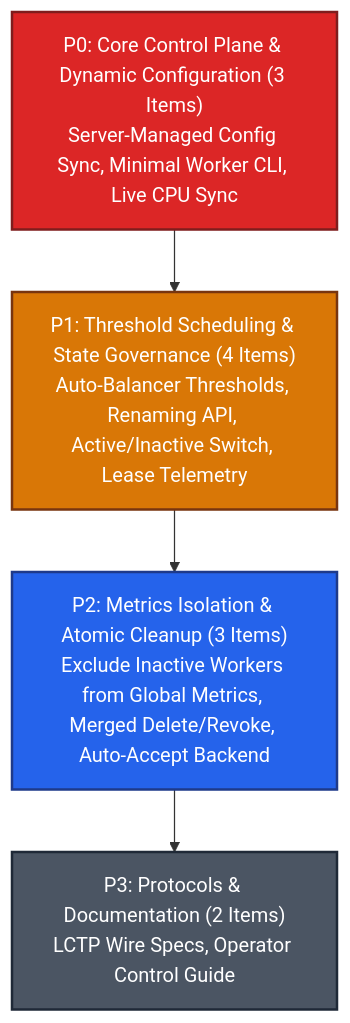
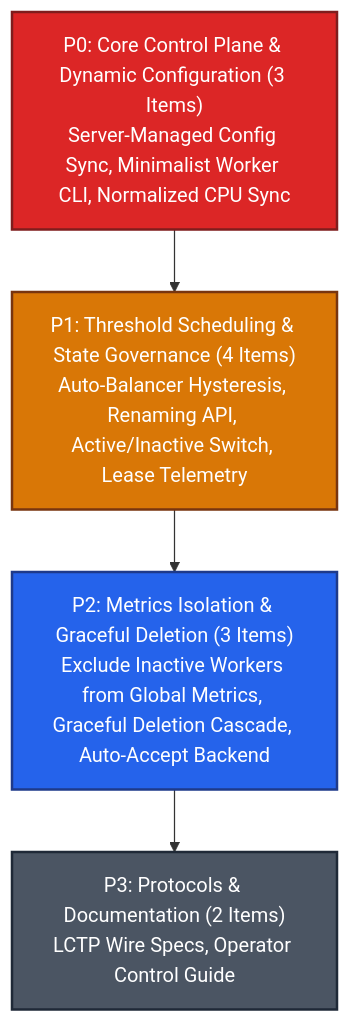
Before and after one commit to Jehudme/legatus: the diagram in docs/dev/milestones/007-server-centric-worker-control-and-balancing.md, drawn with Mermaid. The commit also changed other lines of this file and 1 other file, not shown here.

First line of the commit message:
docs(docs): harden MS-005 and MS-007 with architectural guardrails

````diff
--- a/docs/dev/milestones/007-server-centric-worker-control-and-balancing.md
+++ b/docs/dev/milestones/007-server-centric-worker-control-and-balancing.md
@@ -48,14 +48,14 @@
 ```mermaid
 graph TD
     classDef p0 fill:#dc2626,stroke:#7f1d1d,color:#ffffff,stroke-width:2px;
     classDef p1 fill:#d97706,stroke:#78350f,color:#ffffff,stroke-width:2px;
     classDef p2 fill:#2563eb,stroke:#1e3a8a,color:#ffffff,stroke-width:2px;
     classDef p3 fill:#4b5563,stroke:#1f2937,color:#ffffff,stroke-width:2px;
 
-    P0["P0: Core Control Plane & Dynamic Configuration (3 Items)<br>Server-Managed Config Sync, Minimal Worker CLI, Live CPU Sync"]:::p0
-    P1["P1: Threshold Scheduling & State Governance (4 Items)<br>Auto-Balancer Thresholds, Renaming API, Active/Inactive Switch, Lease Telemetry"]:::p1
-    P2["P2: Metrics Isolation & Atomic Cleanup (3 Items)<br>Exclude Inactive Workers from Global Metrics, Merged Delete/Revoke, Auto-Accept Backend"]:::p2
+    P0["P0: Core Control Plane & Dynamic Configuration (3 Items)<br>Server-Managed Config Sync, Minimalist Worker CLI, Normalized CPU Sync"]:::p0
+    P1["P1: Threshold Scheduling & State Governance (4 Items)<br>Auto-Balancer Hysteresis, Renaming API, Active/Inactive Switch, Lease Telemetry"]:::p1
+    P2["P2: Metrics Isolation & Graceful Deletion (3 Items)<br>Exclude Inactive Workers from Global Metrics, Graceful Deletion Cascade, Auto-Accept Backend"]:::p2
     P3["P3: Protocols & Documentation (2 Items)<br>LCTP Wire Specs, Operator Control Guide"]:::p3
 
     P0 --> P1 --> P2 --> P3
 ```
````
